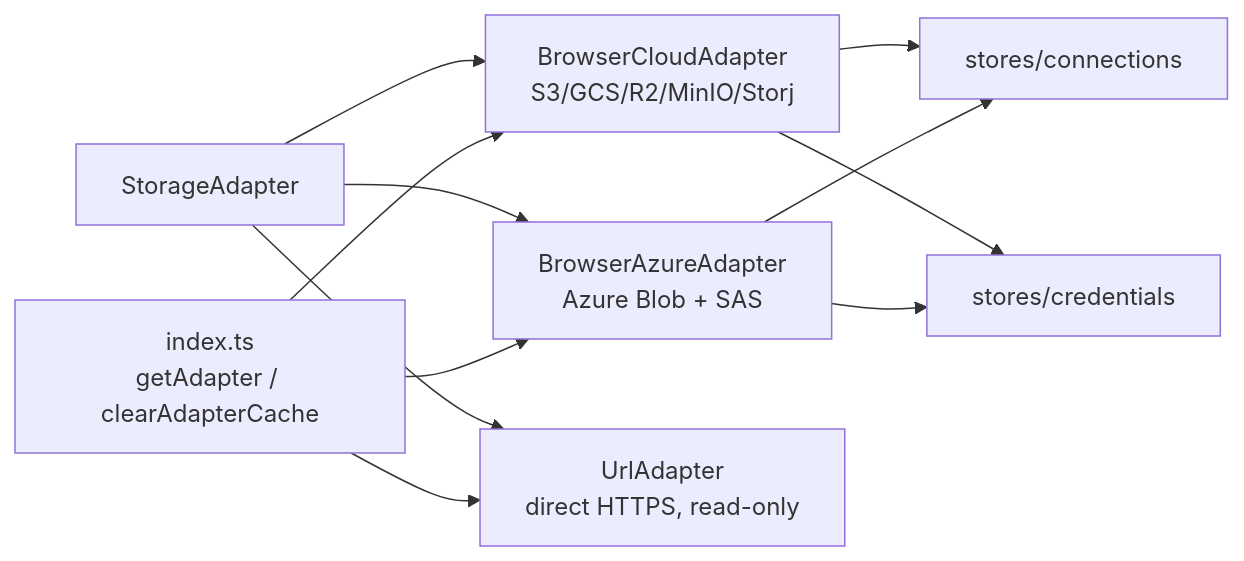
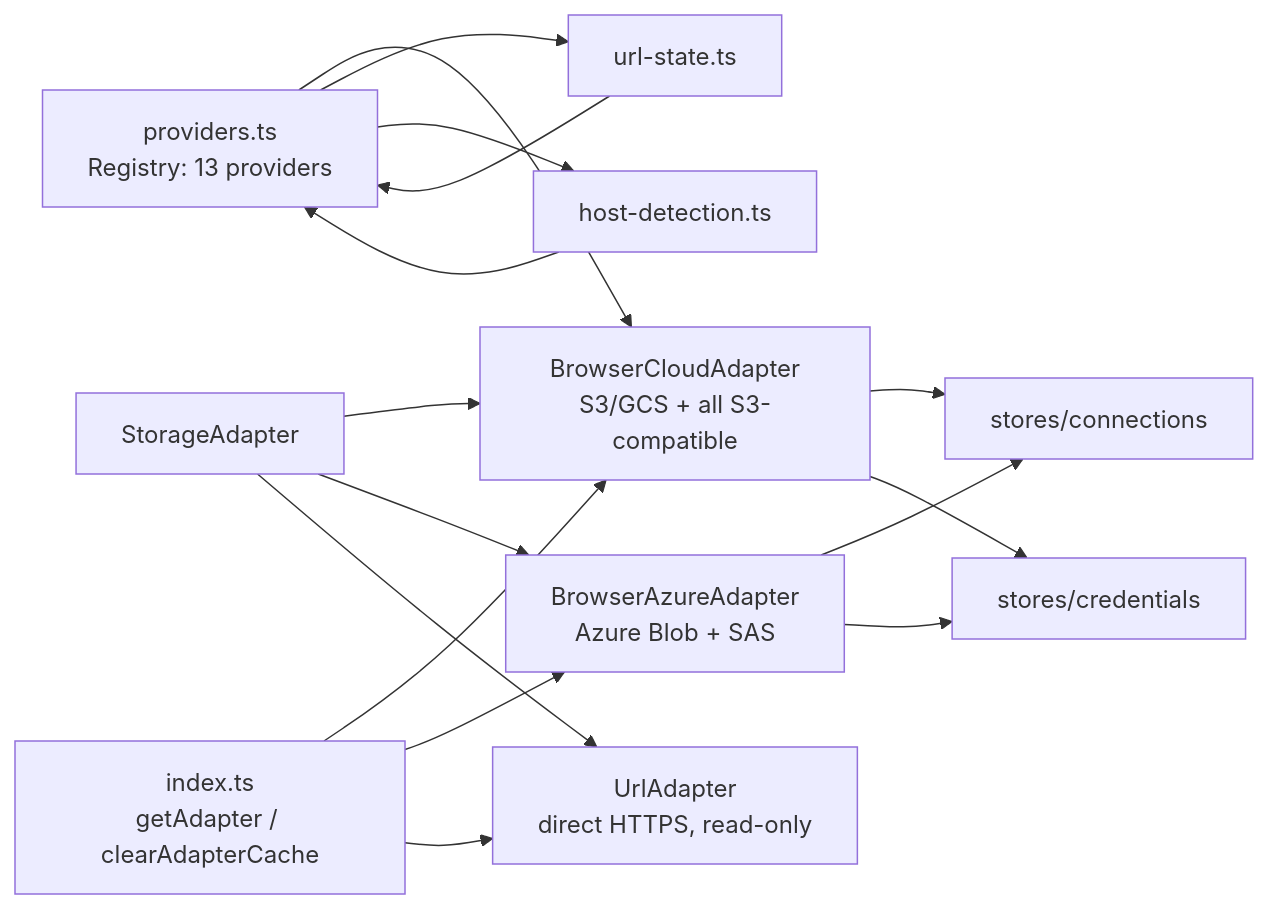
Before and after one commit to walkthru-earth/objex: the diagram in src/lib/storage/CLAUDE.md, drawn with Mermaid. The commit also changed other lines of this file and 10 other files, not shown here.

First line of the commit message:
Refactor: centralize provider registry and add 7 new storage providers

````diff
--- a/src/lib/storage/CLAUDE.md
+++ b/src/lib/storage/CLAUDE.md
@@ -5,9 +5,12 @@
 ```mermaid
 graph LR
-    A[StorageAdapter] --> B[BrowserCloudAdapter<br/>S3/GCS/R2/MinIO/Storj]
+    P[providers.ts<br/>Registry: 13 providers] --> B & US & HD
+    A[StorageAdapter] --> B[BrowserCloudAdapter<br/>S3/GCS + all S3-compatible]
     A --> C[BrowserAzureAdapter<br/>Azure Blob + SAS]
     A --> D[UrlAdapter<br/>direct HTTPS, read-only]
     E[index.ts<br/>getAdapter / clearAdapterCache] --> B & C & D
     B & C --> F[stores/connections]
     B & C --> G[stores/credentials]
+    US[url-state.ts] --> P
+    HD[host-detection.ts] --> P
 ```
````
